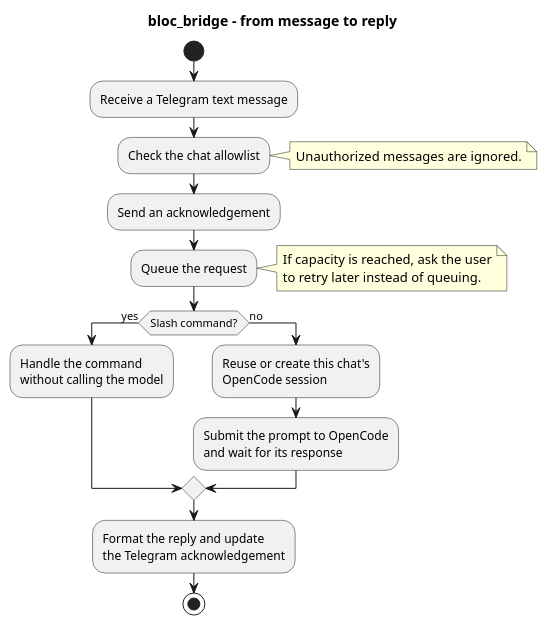
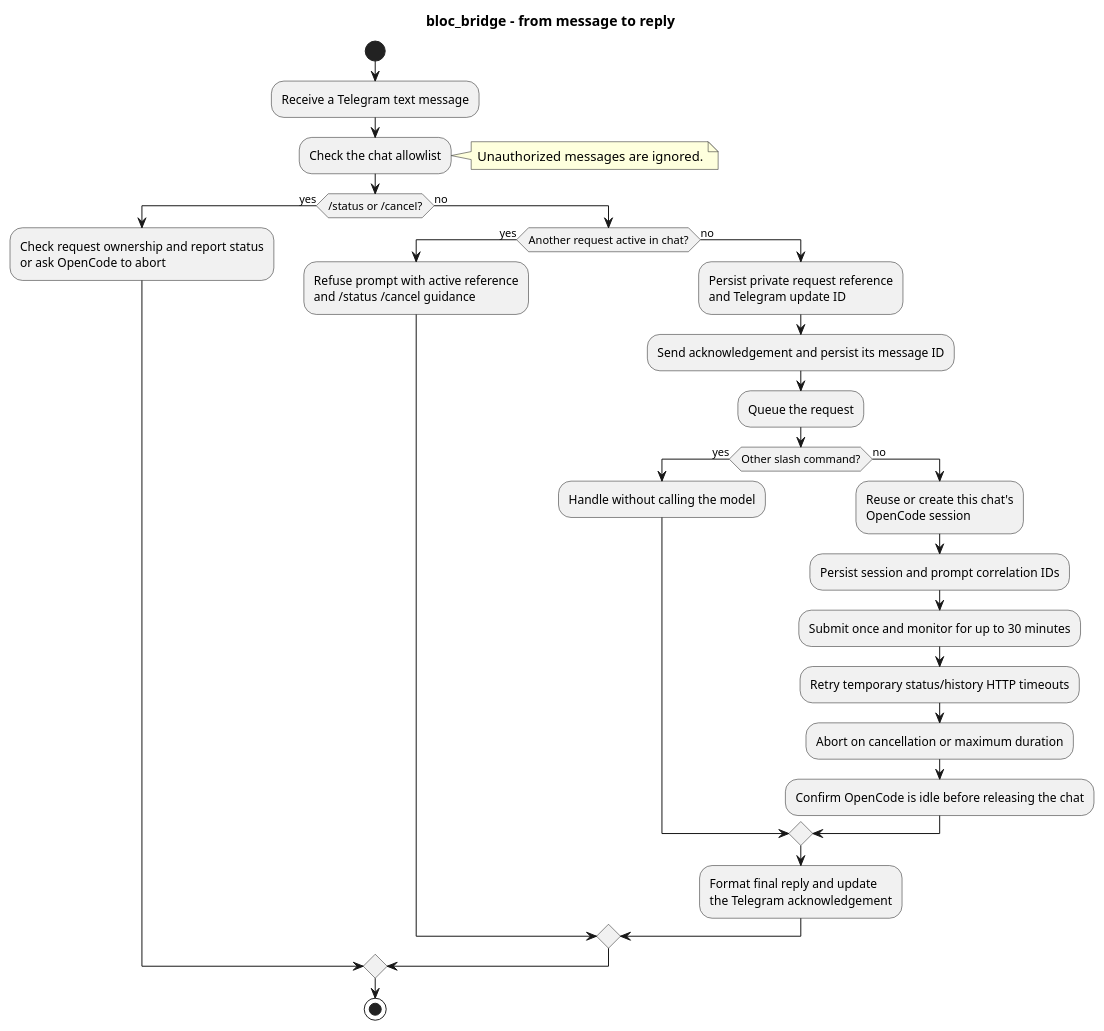
Before and after one commit to boly38/bloc: the diagram in docs/diagrams/bloc_bridge-overview.puml, drawn with PlantUML. The commit also changed 15 other files, not shown here.

```diff
--- a/docs/diagrams/bloc_bridge-overview.puml
+++ b/docs/diagrams/bloc_bridge-overview.puml
@@ -1,27 +1,34 @@
 @startuml
 title bloc_bridge - from message to reply
 skinparam shadowing false
 
 start
 :Receive a Telegram text message;
 :Check the chat allowlist;
 note right
   Unauthorized messages are ignored.
 end note
-:Send an acknowledgement;
-:Queue the request;
-note right
-  If capacity is reached, ask the user
-  to retry later instead of queuing.
-end note
-
-if (Slash command?) then (yes)
-  :Handle the command\nwithout calling the model;
+if (/status or /cancel?) then (yes)
+  :Check request ownership and report status\nor ask OpenCode to abort;
 else (no)
-  :Reuse or create this chat's\nOpenCode session;
-  :Submit the prompt to OpenCode\nand wait for its response;
+  if (Another request active in chat?) then (yes)
+    :Refuse prompt with active reference\nand /status /cancel guidance;
+  else (no)
+    :Persist private request reference\nand Telegram update ID;
+    :Send acknowledgement and persist its message ID;
+    :Queue the request;
+    if (Other slash command?) then (yes)
+      :Handle without calling the model;
+    else (no)
+      :Reuse or create this chat's\nOpenCode session;
+      :Persist session and prompt correlation IDs;
+      :Submit once and monitor for up to 30 minutes;
+      :Retry temporary status/history HTTP timeouts;
+      :Abort on cancellation or maximum duration;
+      :Confirm OpenCode is idle before releasing the chat;
+    endif
+    :Format final reply and update\nthe Telegram acknowledgement;
+  endif
 endif
-
-:Format the reply and update\nthe Telegram acknowledgement;
 stop
 @enduml
```
